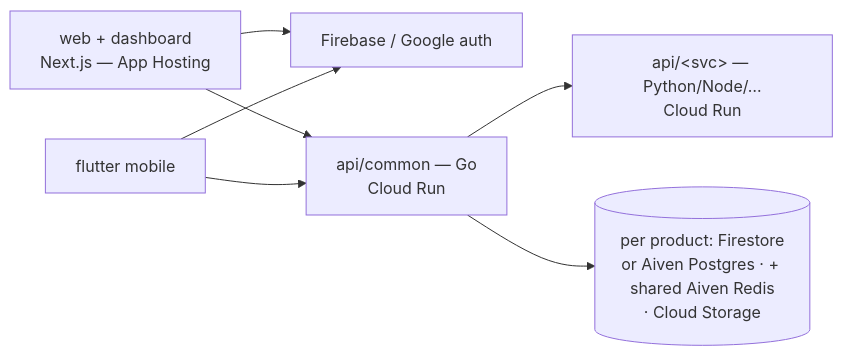
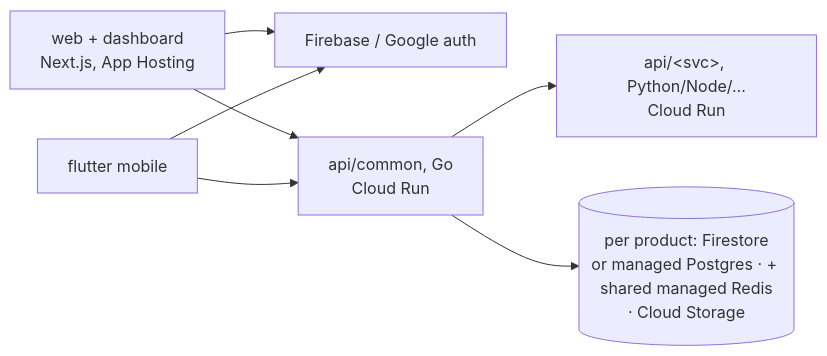
Before and after one commit to cuesoftinc/oss-engineering-standards: the diagram in skills/cuelabs-engineering-standards/references/organization-policy.md, drawn with Mermaid. The commit also changed other lines of this file and 19 other files, not shown here.

````diff
--- a/skills/cuelabs-engineering-standards/references/organization-policy.md
+++ b/skills/cuelabs-engineering-standards/references/organization-policy.md
@@ -18,9 +18,9 @@
 ```mermaid
 flowchart LR
-    WEB[web + dashboard<br/>Next.js — App Hosting] --> FB[Firebase / Google auth]
+    WEB[web + dashboard<br/>Next.js, App Hosting] --> FB[Firebase / Google auth]
     MOB[flutter mobile] --> FB
-    WEB --> AC[api/common — Go<br/>Cloud Run]
+    WEB --> AC[api/common, Go<br/>Cloud Run]
     MOB --> AC
-    AC --> SVC["api/&lt;svc&gt; — Python/Node/…<br/>Cloud Run"]
-    AC --> DATA[("per product: Firestore<br/>or Aiven Postgres · + shared Aiven Redis<br/>· Cloud Storage")]
+    AC --> SVC["api/&lt;svc&gt;, Python/Node/…<br/>Cloud Run"]
+    AC --> DATA[("per product: Firestore<br/>or managed Postgres · + shared managed Redis<br/>· Cloud Storage")]
 ```
````
